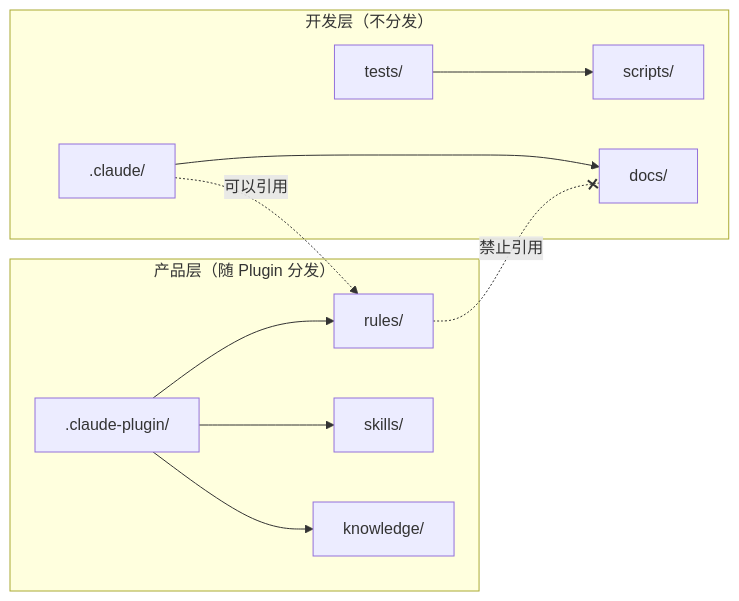
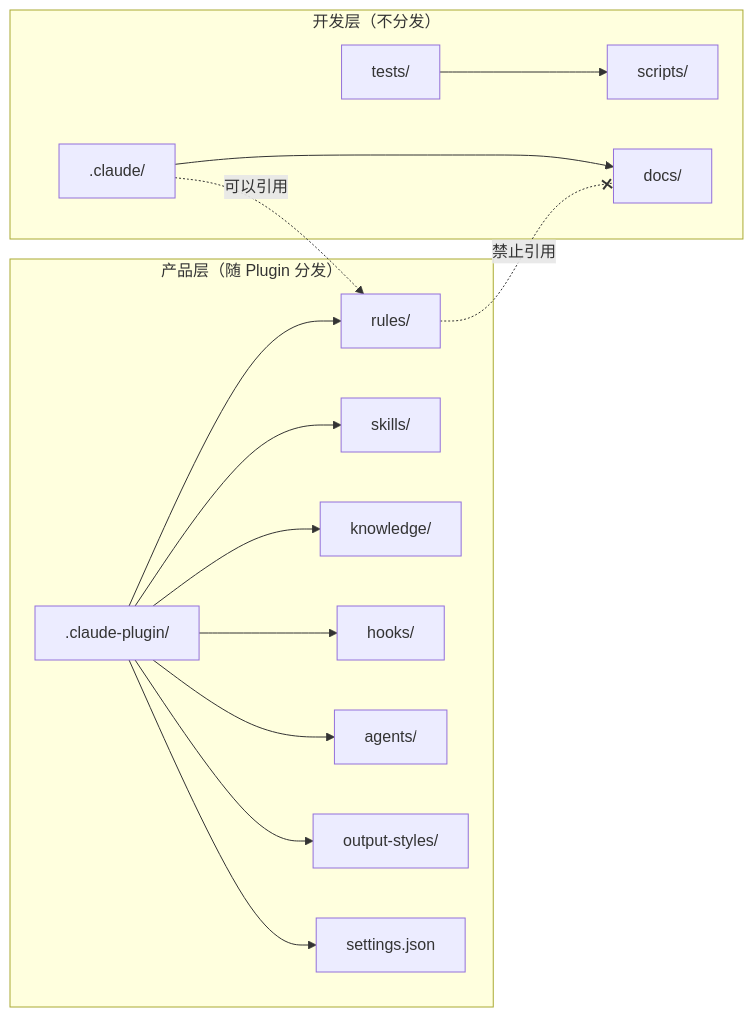
Before and after one commit to arch-team/devpace: the first of 2 diagrams in CONTRIBUTING.md, drawn with Mermaid. The commit also changed other lines of this file and 5 other files, not shown here.

````diff
--- a/CONTRIBUTING.md
+++ b/CONTRIBUTING.md
@@ -65,14 +65,18 @@
 ```mermaid
 graph LR
     subgraph "产品层（随 Plugin 分发）"
         Plugin[".claude-plugin/"] --> RulesP["rules/"]
         Plugin --> SkillsP["skills/"]
         Plugin --> KnowledgeP["knowledge/"]
+        Plugin --> HooksP["hooks/"]
+        Plugin --> AgentsP["agents/"]
+        Plugin --> OutputStylesP["output-styles/"]
+        Plugin --> SettingsP["settings.json"]
     end
     subgraph "开发层（不分发）"
         ClaudeDir[".claude/"] --> Docs["docs/"]
         Tests["tests/"] --> Scripts["scripts/"]
     end
     ClaudeDir -.->|"可以引用"| RulesP
     RulesP -.-x|"禁止引用"| Docs
 ```
````
